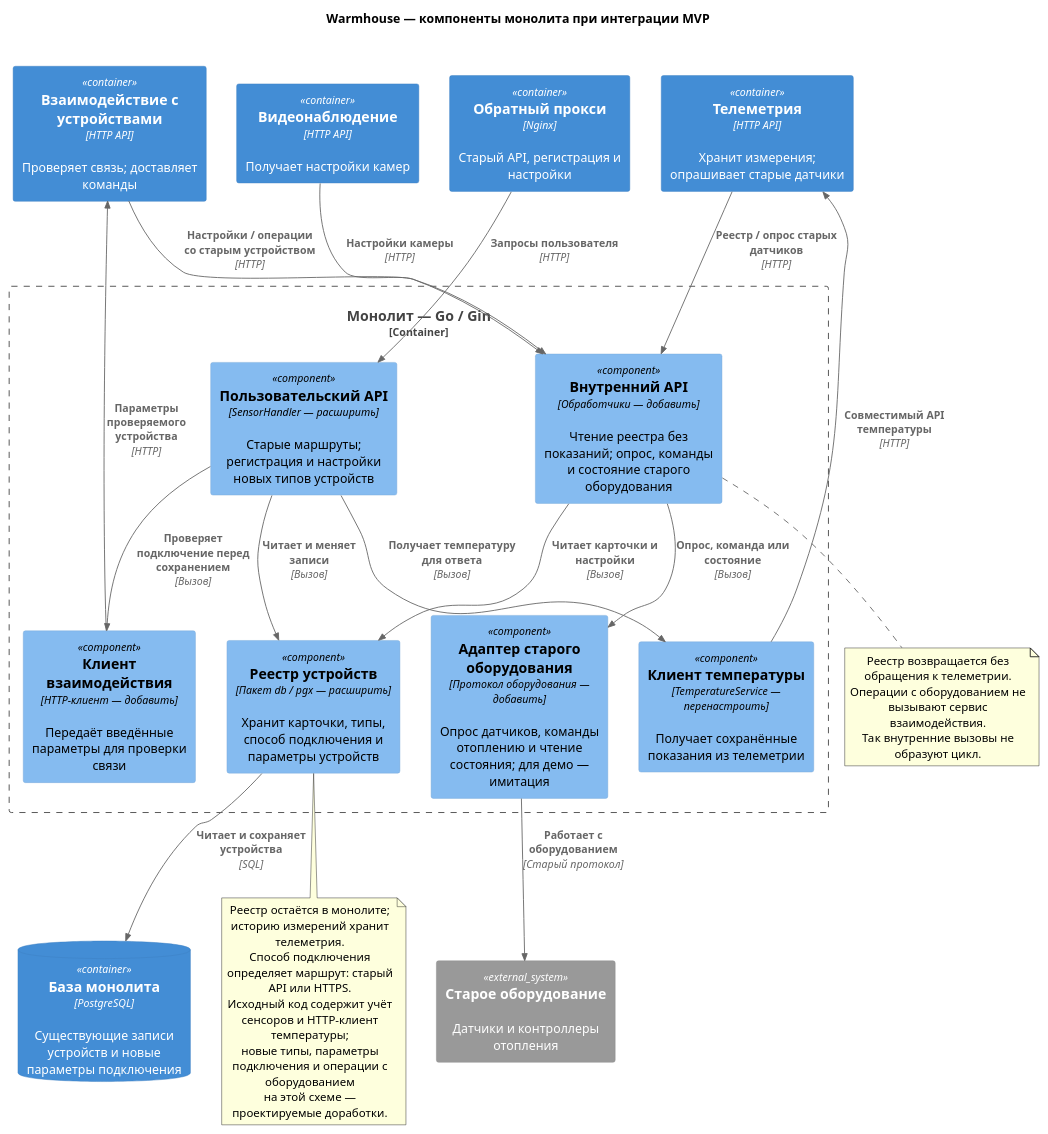
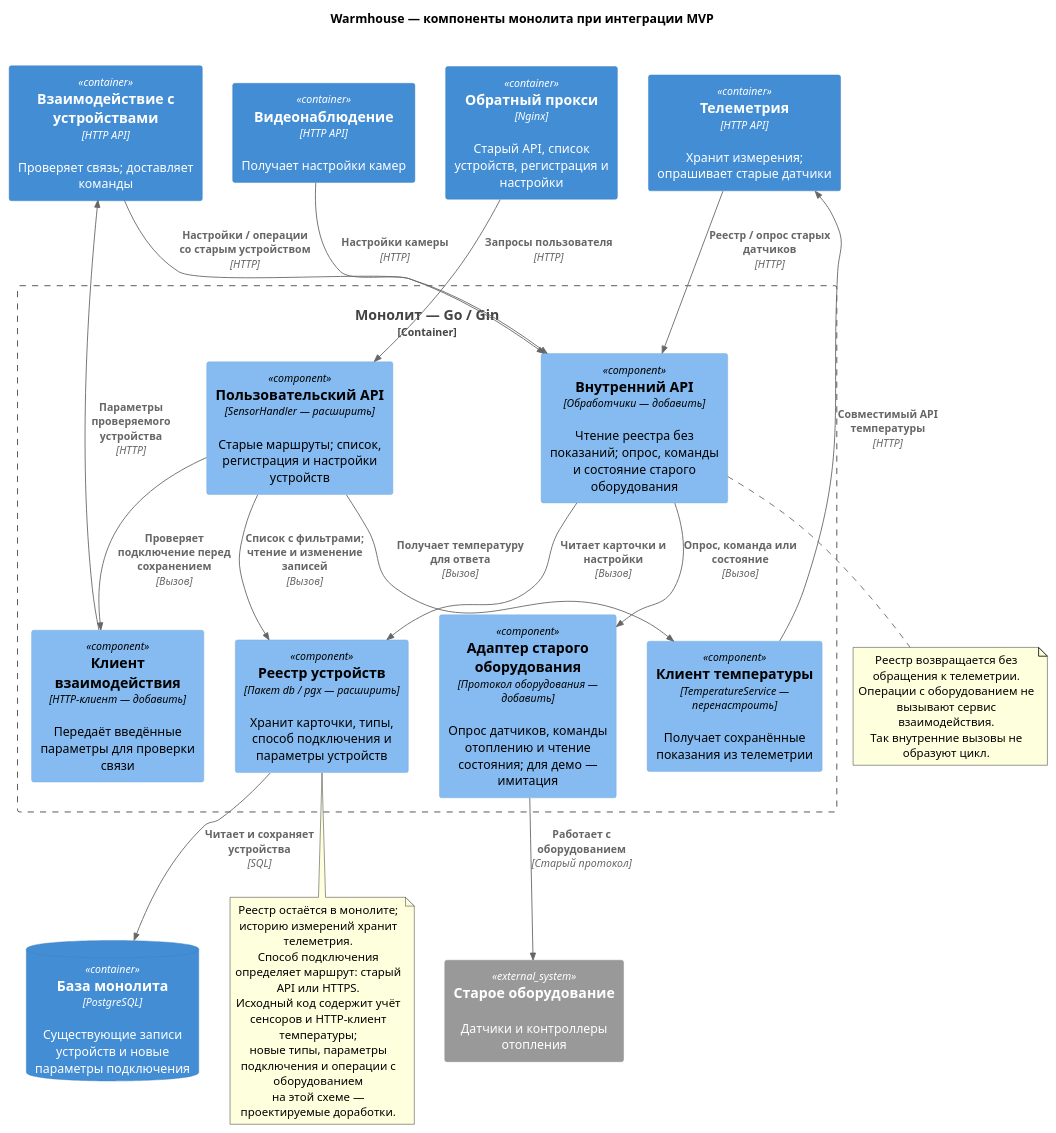
The diagram in diagrams/components/monolith.puml (AndyMcFishka/architecture-pro-warmhouse), drawn with PlantUML before and after one commit. The commit also changed 112 other files, not shown here.

Commit message:
Implement MVP services and add rendered architecture diagrams

```diff
--- a/diagrams/components/monolith.puml
+++ b/diagrams/components/monolith.puml
@@ -1,57 +1,57 @@
 @startuml
 !include <C4/C4_Component>
 
 title Warmhouse — компоненты монолита при интеграции MVP
 LAYOUT_TOP_DOWN()
 
-Container(proxy, "Обратный прокси", "Nginx", "Старый API, регистрация и настройки")
+Container(proxy, "Обратный прокси", "Nginx", "Старый API, список устройств, регистрация и настройки")
 together {
 Container(telemetry, "Телеметрия", "HTTP API", "Хранит измерения; опрашивает старые датчики")
 Container(connectivity, "Взаимодействие с устройствами", "HTTP API", "Проверяет связь; доставляет команды")
 Container(video, "Видеонаблюдение", "HTTP API", "Получает настройки камер")
 }
 
 Container_Boundary(monolith, "Монолит — Go / Gin") {
-    Component(api, "Пользовательский API", "SensorHandler — расширить", "Старые маршруты; регистрация и настройки новых типов устройств")
+    Component(api, "Пользовательский API", "SensorHandler — расширить", "Старые маршруты; список, регистрация и настройки устройств")
     Component(registry, "Реестр устройств", "Пакет db / pgx — расширить", "Хранит карточки, типы, способ подключения и параметры устройств")
     Component(temperatureClient, "Клиент температуры", "TemperatureService — перенастроить", "Получает сохранённые показания из телеметрии")
     Component(connectivityClient, "Клиент взаимодействия", "HTTP-клиент — добавить", "Передаёт введённые параметры для проверки связи")
     Component(internalApi, "Внутренний API", "Обработчики — добавить", "Чтение реестра без показаний; опрос, команды и состояние старого оборудования")
     Component(legacy, "Адаптер старого оборудования", "Протокол оборудования — добавить", "Опрос датчиков, команды отоплению и чтение состояния; для демо — имитация")
 }
 
 ContainerDb(db, "База монолита", "PostgreSQL", "Существующие записи устройств и новые параметры подключения")
 System_Ext(equipment, "Старое оборудование", "Датчики и контроллеры отопления")
 
 Rel(proxy, api, "Запросы пользователя", "HTTP")
-Rel(api, registry, "Читает и меняет записи", "Вызов")
+Rel(api, registry, "Список с фильтрами; чтение и изменение записей", "Вызов")
 Rel(api, temperatureClient, "Получает температуру для ответа", "Вызов")
 Rel_U(temperatureClient, telemetry, "Совместимый API температуры", "HTTP")
 Rel(api, connectivityClient, "Проверяет подключение перед сохранением", "Вызов")
 Rel_U(connectivityClient, connectivity, "Параметры проверяемого устройства", "HTTP")
 Rel_D(telemetry, internalApi, "Реестр / опрос старых датчиков", "HTTP")
 Rel_D(connectivity, internalApi, "Настройки / операции со старым устройством", "HTTP")
 Rel_D(video, internalApi, "Настройки камеры", "HTTP")
 Rel(internalApi, registry, "Читает карточки и настройки", "Вызов")
 Rel(internalApi, legacy, "Опрос, команда или состояние", "Вызов")
 Rel(registry, db, "Читает и сохраняет устройства", "SQL")
 Rel(legacy, equipment, "Работает с оборудованием", "Старый протокол")
 
 Lay_R(proxy, telemetry)
 Lay_R(telemetry, video)
 Lay_R(video, connectivity)
 
 note bottom of internalApi
   Реестр возвращается без обращения к телеметрии.
   Операции с оборудованием не вызывают сервис взаимодействия.
   Так внутренние вызовы не образуют цикл.
 end note
 
 note bottom of registry
   Реестр остаётся в монолите; историю измерений хранит телеметрия.
   Способ подключения определяет маршрут: старый API или HTTPS.
   Исходный код содержит учёт сенсоров и HTTP-клиент температуры;
   новые типы, параметры подключения и операции с оборудованием
   на этой схеме — проектируемые доработки.
 end note
 @enduml
```
